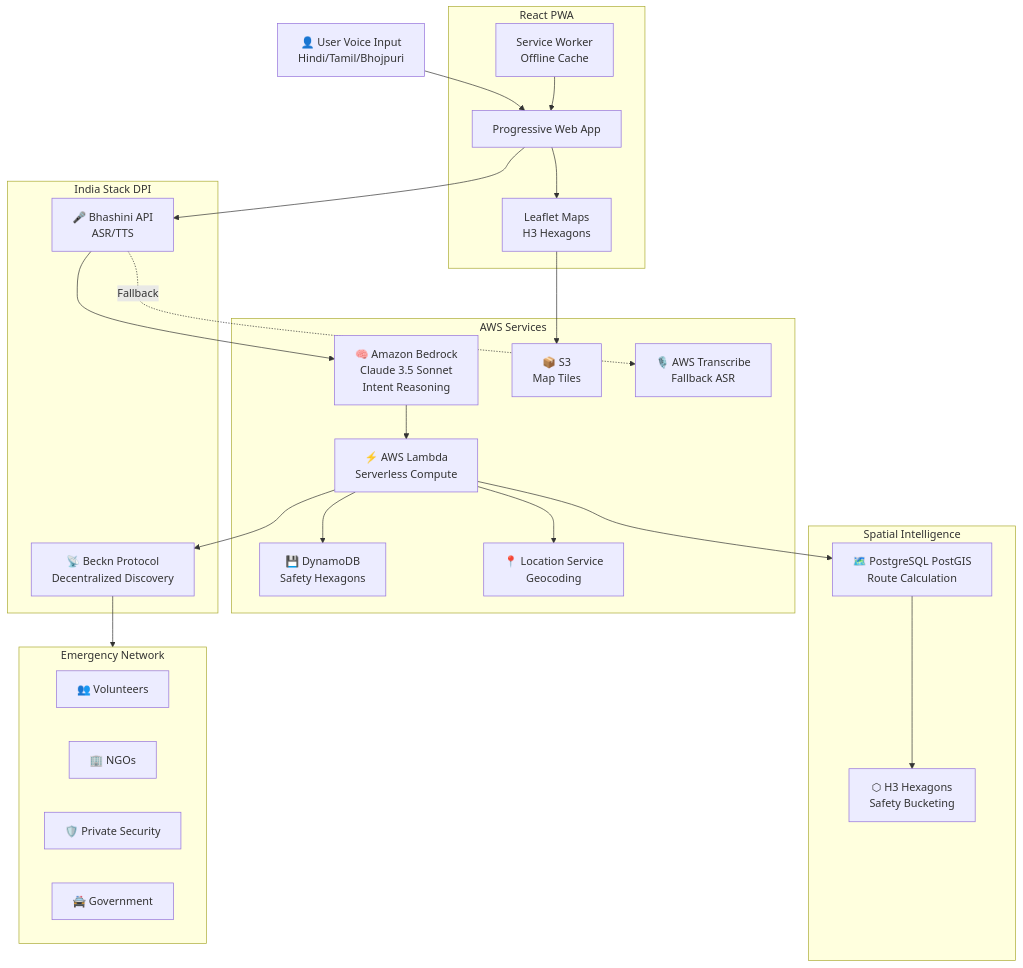
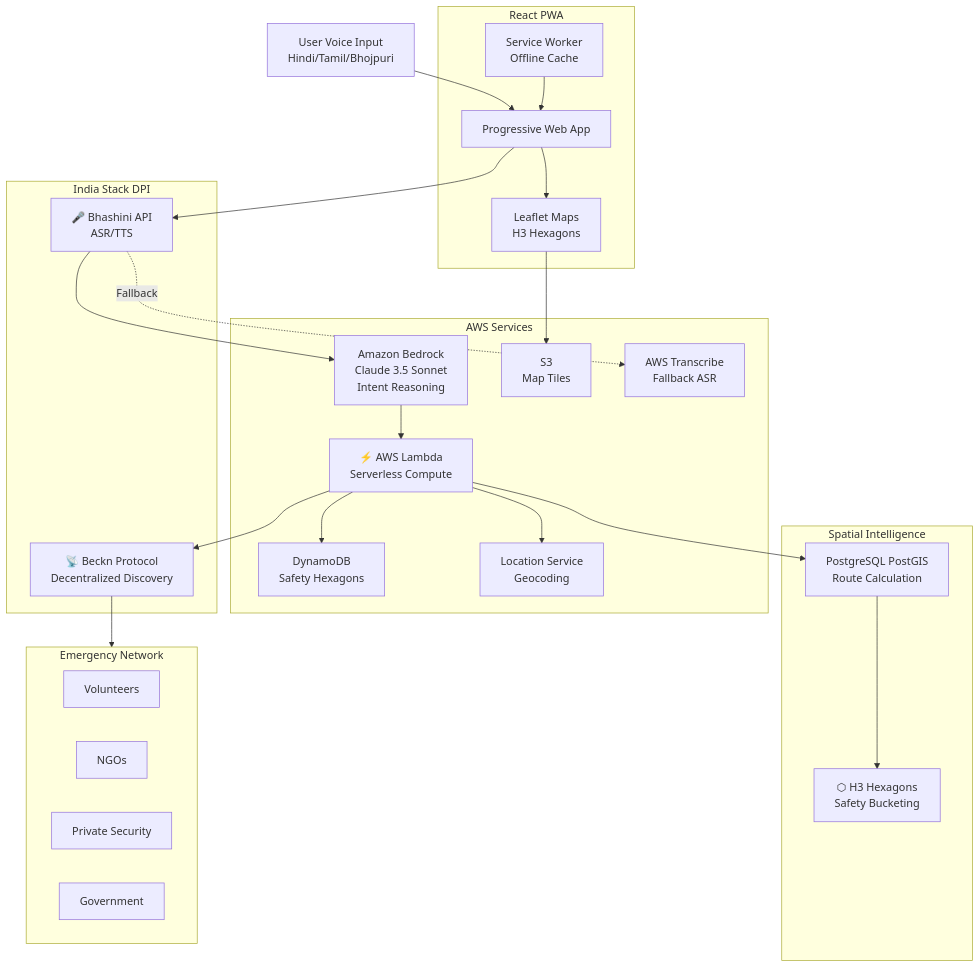
The diagram in README.md (anshurajbisoyi98-ctrl/AI_For_Bharat), drawn with Mermaid before and after one commit. The commit also changed other lines of this file, not shown here.

````diff
--- a/README.md
+++ b/README.md
@@ -69,51 +68,51 @@
 ```mermaid
 flowchart TB
-    User[👤 User Voice Input<br/>Hindi/Tamil/Bhojpuri]
+    User[ User Voice Input<br/>Hindi/Tamil/Bhojpuri]
     
     subgraph Frontend["React PWA"]
         PWA[Progressive Web App]
         SW[Service Worker<br/>Offline Cache]
         Map[Leaflet Maps<br/>H3 Hexagons]
     end
     
     subgraph IndiaStack["India Stack DPI"]
         Bhashini[🎤 Bhashini API<br/>ASR/TTS]
         Beckn[📡 Beckn Protocol<br/>Decentralized Discovery]
     end
     
     subgraph AWS["AWS Services"]
-        Bedrock[🧠 Amazon Bedrock<br/>Claude 3.5 Sonnet<br/>Intent Reasoning]
+        Bedrock[ Amazon Bedrock<br/>Claude 3.5 Sonnet<br/>Intent Reasoning]
         Lambda[⚡ AWS Lambda<br/>Serverless Compute]
-        DynamoDB[💾 DynamoDB<br/>Safety Hexagons]
-        S3[📦 S3<br/>Map Tiles]
-        Transcribe[🎙️ AWS Transcribe<br/>Fallback ASR]
-        Location[📍 Location Service<br/>Geocoding]
+        DynamoDB[ DynamoDB<br/>Safety Hexagons]
+        S3[ S3<br/>Map Tiles]
+        Transcribe[ AWS Transcribe<br/>Fallback ASR]
+        Location[ Location Service<br/>Geocoding]
     end
     
     subgraph Spatial["Spatial Intelligence"]
-        PostGIS[🗺️ PostgreSQL PostGIS<br/>Route Calculation]
+        PostGIS[ PostgreSQL PostGIS<br/>Route Calculation]
         H3[⬡ H3 Hexagons<br/>Safety Bucketing]
     end
     
     subgraph Responders["Emergency Network"]
-        Volunteers[👥 Volunteers]
-        NGOs[🏢 NGOs]
-        Security[🛡️ Private Security]
-        Govt[🚔 Government]
+        Volunteers[ Volunteers]
+        NGOs[ NGOs]
+        Security[ Private Security]
+        Govt[Government]
     end
     
     User --> PWA
     PWA --> Bhashini
     Bhashini --> Bedrock
     Bedrock --> Lambda
     Lambda --> DynamoDB
     Lambda --> Beckn
     Beckn --> Responders
     PWA --> Map
     Map --> S3
     Lambda --> PostGIS
     PostGIS --> H3
     Bhashini -.Fallback.-> Transcribe
     Lambda --> Location
     SW --> PWA
 ```
````
